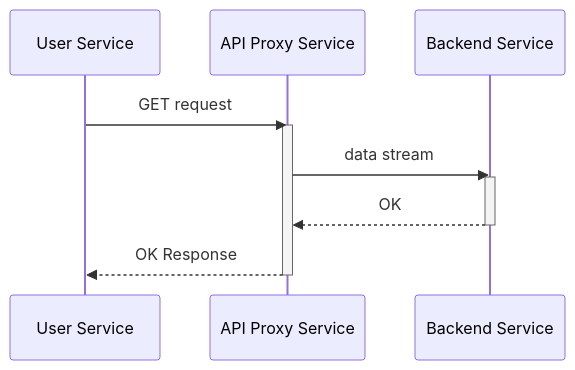
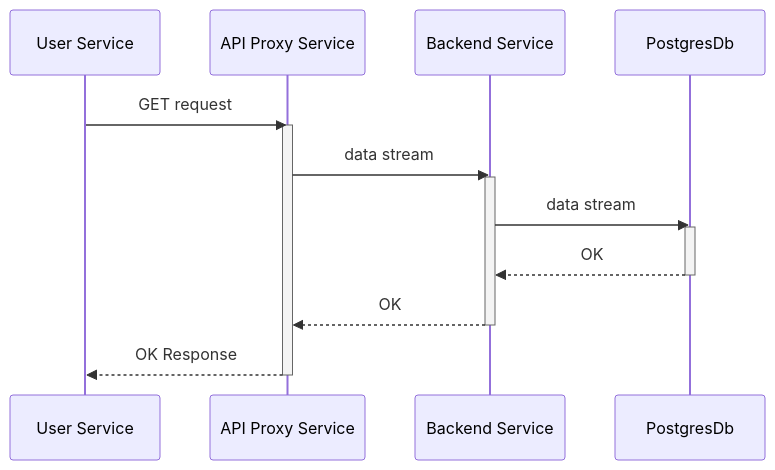
One commit to Santat2023/OtusHomework changed the first of 4 diagrams in FinalProject/project.md. Above: the diagram before and after it, drawn with Mermaid. The commit also changed other lines of this file, not shown here.

````diff
--- a/FinalProject/project.md
+++ b/FinalProject/project.md
@@ -142,14 +142,19 @@
 ```mermaid
 sequenceDiagram
     participant USR as User Service
     participant API as API Proxy Service
     participant Backend as Backend Service
+    participant DB as PostgresDb
     USR->>API: GET request
     activate API
     API->>Backend: data stream
     activate Backend
+    Backend->>DB: data stream
+    activate DB
+    DB-->>Backend: OK
+    deactivate DB
     Backend-->>API: OK
     deactivate Backend
     API-->>USR: OK Response
     deactivate API
 ```
````
